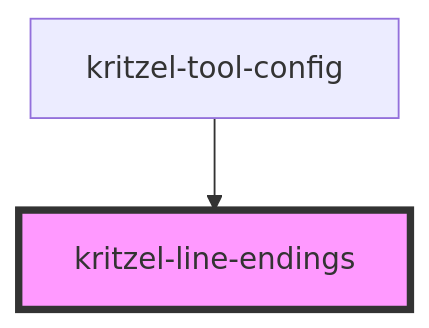
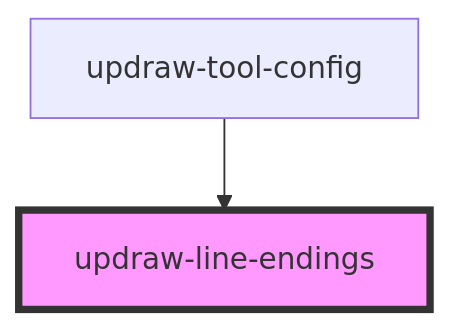
Before and after one commit to kasual1/kritzel: the diagram in libs/editor/core/src/components/updraw-line-endings/readme.md, drawn with Mermaid. The commit also changed other lines of this file and 1129 other files, not shown here.

First line of the commit message:
Replace kritzel with updraw across the codebase

````diff
--- a/libs/editor/core/src/components/updraw-line-endings/readme.md
+++ b/libs/editor/core/src/components/updraw-line-endings/readme.md
@@ -30,5 +30,5 @@
 ```mermaid
 graph TD;
-  kritzel-tool-config --> kritzel-line-endings
-  style kritzel-line-endings fill:#f9f,stroke:#333,stroke-width:4px
+  updraw-tool-config --> updraw-line-endings
+  style updraw-line-endings fill:#f9f,stroke:#333,stroke-width:4px
 ```
````
